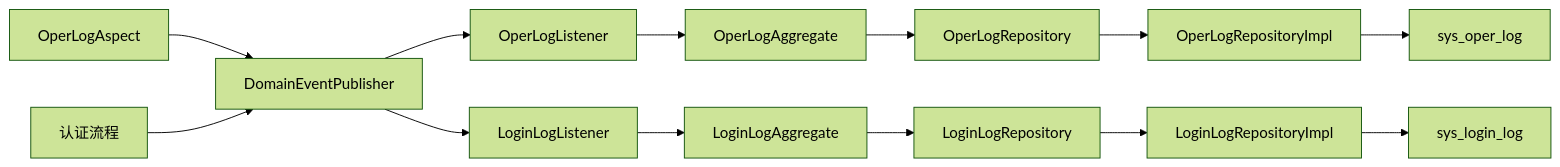
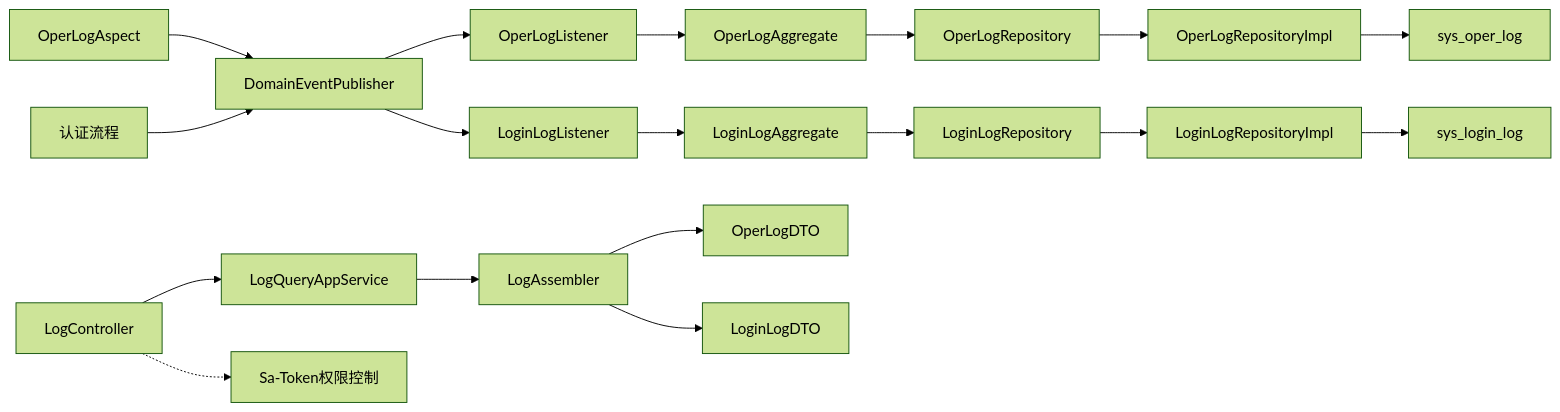
One commit to sunnaoxixi/spring-ddd-template changed the sixth of 6 diagrams in .qoder/repowiki/zh/content/核心业务模块/操作日志模块.md. Above: the diagram before and after it, drawn with Mermaid (forest theme). The commit also changed other lines of this file and 91 other files, not shown here.

````diff
--- a/.qoder/repowiki/zh/content/核心业务模块/操作日志模块.md
+++ b/.qoder/repowiki/zh/content/核心业务模块/操作日志模块.md
@@ -367,15 +416,20 @@
 ```mermaid
 graph LR
 Aspect["OperLogAspect"] --> EventPub["DomainEventPublisher"]
 EventPub --> L1["OperLogListener"]
 L1 --> Agg1["OperLogAggregate"]
 Agg1 --> Repo1["OperLogRepository"]
 Repo1 --> Impl1["OperLogRepositoryImpl"]
 Impl1 --> DB1["sys_oper_log"]
 Auth["认证流程"] --> EventPub
 EventPub --> L2["LoginLogListener"]
 L2 --> Agg2["LoginLogAggregate"]
 Agg2 --> Repo2["LoginLogRepository"]
 Repo2 --> Impl2["LoginLogRepositoryImpl"]
 Impl2 --> DB2["sys_login_log"]
+Ctrl["LogController"] --> App["LogQueryAppService"]
+App --> Asm["LogAssembler"]
+Asm --> DTO1["OperLogDTO"]
+Asm --> DTO2["LoginLogDTO"]
+Ctrl -.-> Perm["Sa-Token权限控制"]
 ```
````
